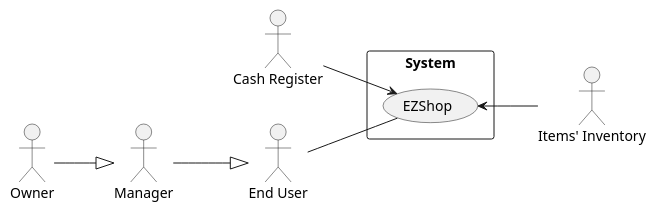
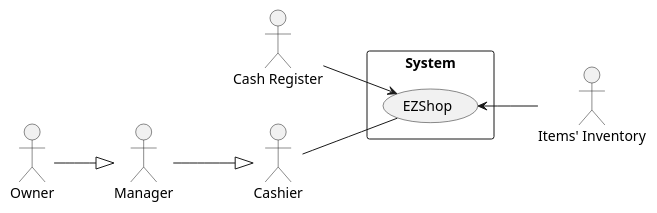
The first of 2 diagrams in Deliverables/RequirementsDocument.md (mspronesti/ezshop), drawn with PlantUML before and after one commit. The commit also changed other lines of this file and 1 other file, not shown here.

````diff
--- a/Deliverables/RequirementsDocument.md
+++ b/Deliverables/RequirementsDocument.md
@@ -53,24 +53,27 @@
 ```plantuml
 @startuml
 skinparam packageStyle rectangle
 left to right direction
 
-actor :End User: as eu
+
 actor :Manager: as m
 actor :Owner: as o
 actor :Cash Register: as cr
 actor :Items' Inventory: as iv
+actor Cashier as c
 
-m --|> eu
+
+m --|> c
 o --|> m
 
 rectangle System{
 (EZShop) as ez	
 
 cr --> ez 
 ez <-- iv
-eu -- ez
+c -- ez
+
 }
 
 @enduml
 ```
````
